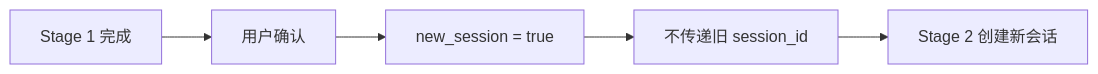
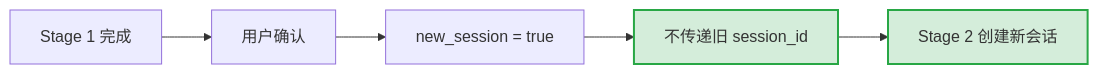
Before and after one commit to sunnights/Wegent: the seventh of 8 diagrams in docs/zh/features/task-restore.md, drawn with Mermaid. The commit also changed other lines of this file and 1 other file, not shown here.

First line of the commit message:
docs: highlight new features in Mermaid diagrams with green styling

````diff
--- a/docs/zh/features/task-restore.md
+++ b/docs/zh/features/task-restore.md
@@ -164,7 +190,9 @@
 ```mermaid
 flowchart LR
     A[Stage 1 完成] --> B[用户确认]
     B --> C[new_session = true]
-    C --> D[不传递旧 session_id]
-    D --> E[Stage 2 创建新会话]
+    C --> D[不传递旧 session_id]:::new
+    D --> E[Stage 2 创建新会话]:::new
+
+    classDef new fill:#d4edda,stroke:#28a745,stroke-width:2px
 ```
````
